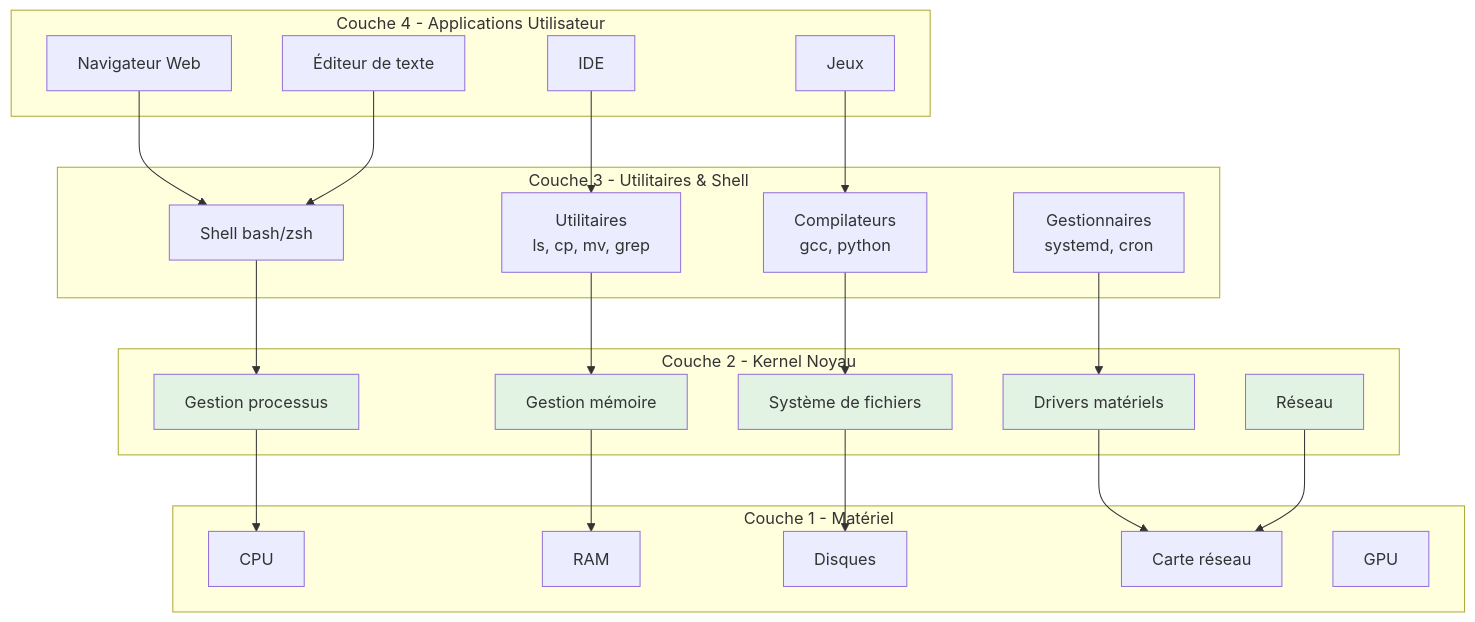
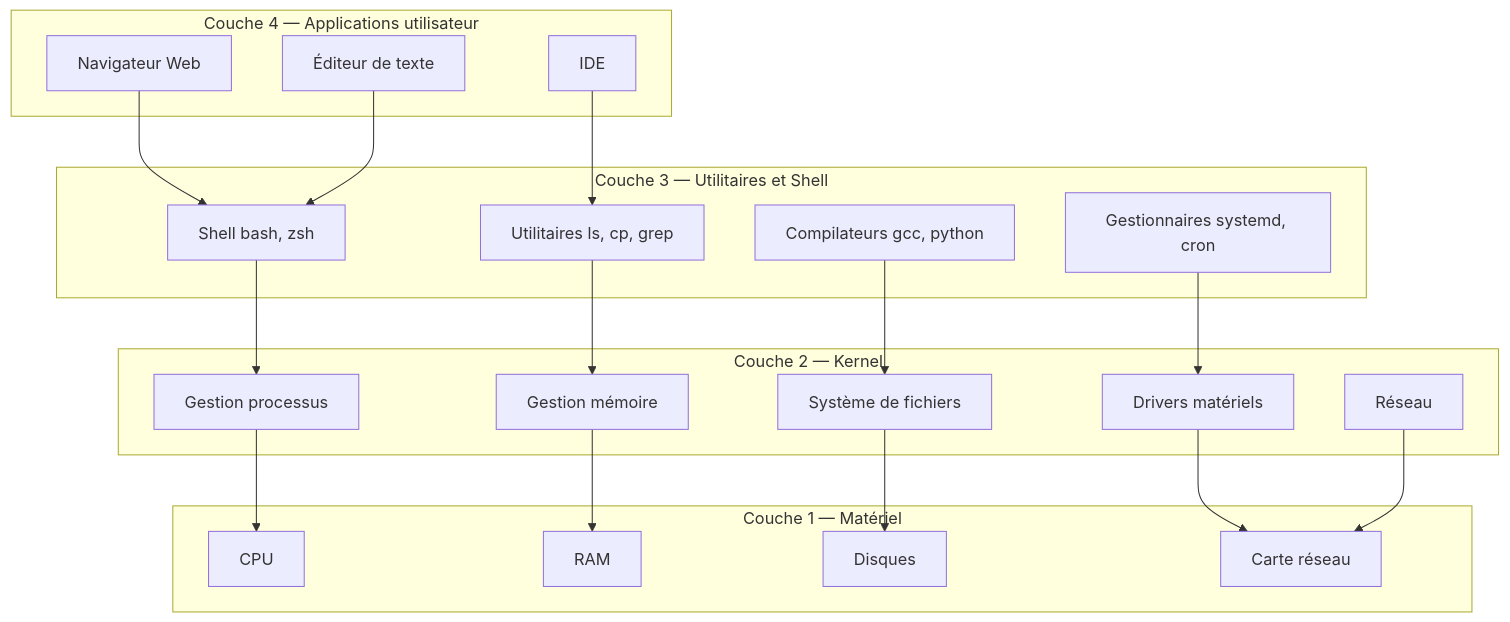
The fifth of 10 diagrams in docs/bases/concepts/architecture-unix.md (zyrass/omnydocs), drawn with Mermaid before and after one commit. The commit also changed other lines of this file and 723 other files, not shown here.

````diff
--- a/docs/bases/concepts/architecture-unix.md
+++ b/docs/bases/concepts/architecture-unix.md
@@ -228,54 +194,43 @@
 ```mermaid
-graph TB
-    subgraph "Couche 4 - Applications Utilisateur"
-        A1[Navigateur Web]
-        A2[Éditeur de texte]
-        A3[IDE]
-        A4[Jeux]
+flowchart TB
+    subgraph "Couche 4 — Applications utilisateur"
+        A1["Navigateur Web"]
+        A2["Éditeur de texte"]
+        A3["IDE"]
     end
-    
-    subgraph "Couche 3 - Utilitaires & Shell"
-        B1[Shell bash/zsh]
-        B2[Utilitaires<br/>ls, cp, mv, grep]
-        B3[Compilateurs<br/>gcc, python]
-        B4[Gestionnaires<br/>systemd, cron]
+
+    subgraph "Couche 3 — Utilitaires et Shell"
+        B1["Shell bash, zsh"]
+        B2["Utilitaires ls, cp, grep"]
+        B3["Compilateurs gcc, python"]
+        B4["Gestionnaires systemd, cron"]
     end
-    
-    subgraph "Couche 2 - Kernel Noyau"
-        C1[Gestion processus]
-        C2[Gestion mémoire]
-        C3[Système de fichiers]
-        C4[Drivers matériels]
-        C5[Réseau]
+
+    subgraph "Couche 2 — Kernel"
+        C1["Gestion processus"]
+        C2["Gestion mémoire"]
+        C3["Système de fichiers"]
+        C4["Drivers matériels"]
+        C5["Réseau"]
     end
-    
-    subgraph "Couche 1 - Matériel"
-        D1[CPU]
-        D2[RAM]
-        D3[Disques]
-        D4[Carte réseau]
-        D5[GPU]
+
+    subgraph "Couche 1 — Matériel"
+        D1["CPU"]
+        D2["RAM"]
+        D3["Disques"]
+        D4["Carte réseau"]
     end
-    
+
     A1 --> B1
     A2 --> B1
     A3 --> B2
-    A4 --> B3
-    
     B1 --> C1
     B2 --> C2
     B3 --> C3
     B4 --> C4
-    
     C1 --> D1
     C2 --> D2
     C3 --> D3
     C4 --> D4
     C5 --> D4
-    
-    style C1 fill:#e3f3e3
-    style C2 fill:#e3f3e3
-    style C3 fill:#e3f3e3
-    style C4 fill:#e3f3e3
-    style C5 fill:#e3f3e3
 ```
````
